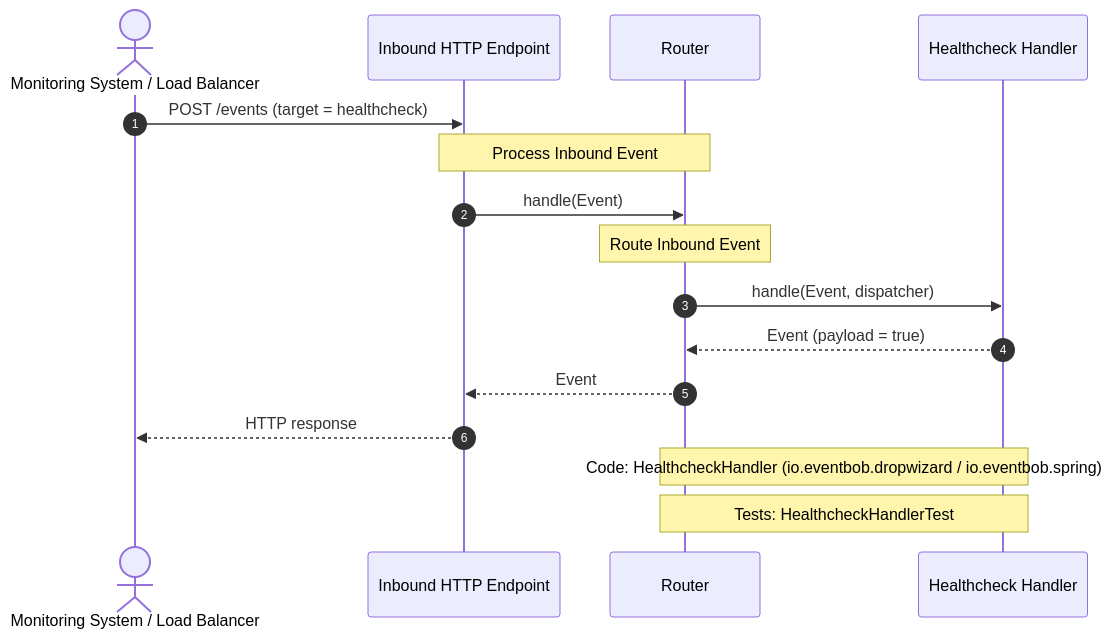
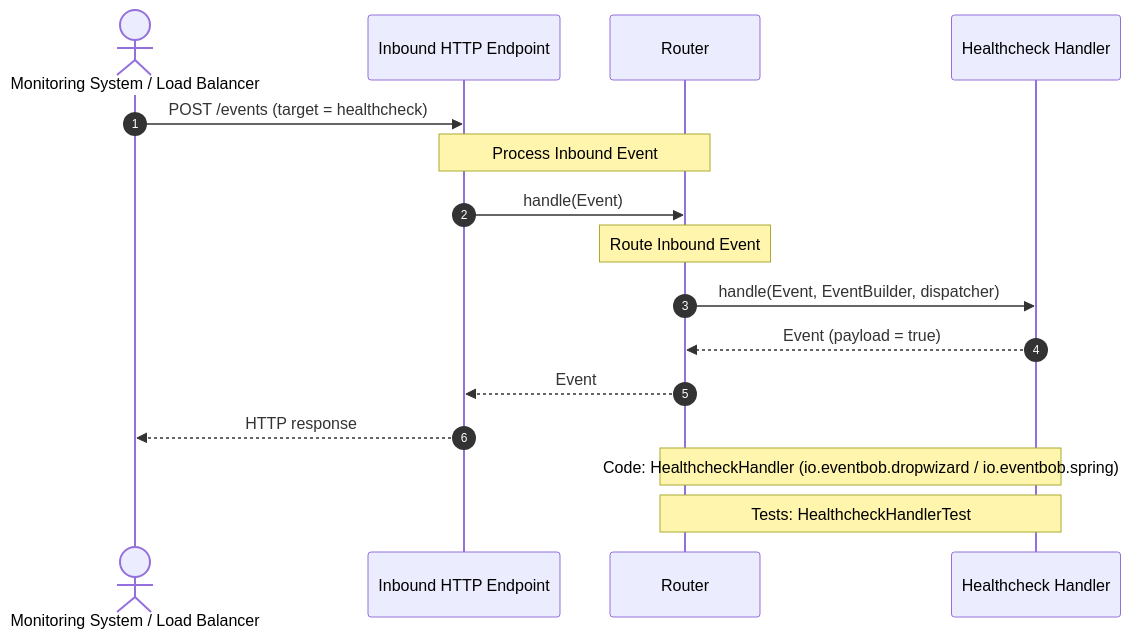
The diagram in diagrams/businessUseCases/CheckMicrolithAlive.mermaid (dinoo333/EventBob), drawn with Mermaid before and after one commit. The commit also changed 43 other files, not shown here.

```diff
--- a/diagrams/businessUseCases/CheckMicrolithAlive.mermaid
+++ b/diagrams/businessUseCases/CheckMicrolithAlive.mermaid
@@ -1,16 +1,16 @@
 sequenceDiagram
     autonumber
     actor M as Monitoring System / Load Balancer
     participant E as Inbound HTTP Endpoint
     participant R as Router
     participant H as Healthcheck Handler
     M ->> E: POST /events (target = healthcheck)
     Note over E,R: Process Inbound Event
     E ->> R: handle(Event)
     Note over R: Route Inbound Event
-    R ->> H: handle(Event, dispatcher)
+    R ->> H: handle(Event, EventBuilder, dispatcher)
     H -->> R: Event (payload = true)
     R -->> E: Event
     E -->> M: HTTP response
     Note over R,H: Code: HealthcheckHandler (io.eventbob.dropwizard / io.eventbob.spring)
     Note over R,H: Tests: HealthcheckHandlerTest
```
